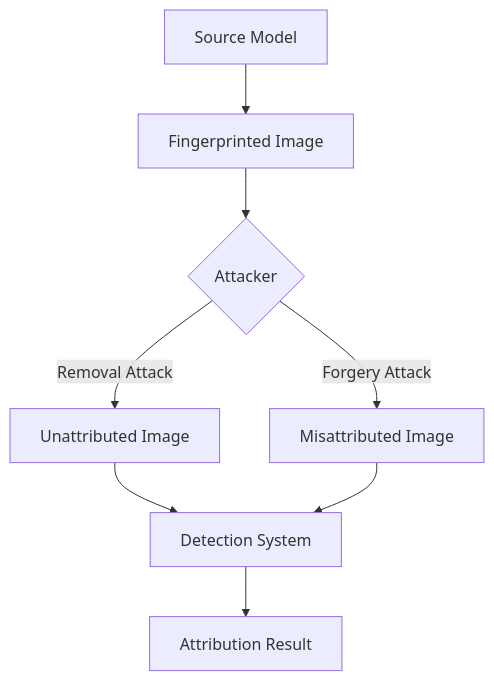
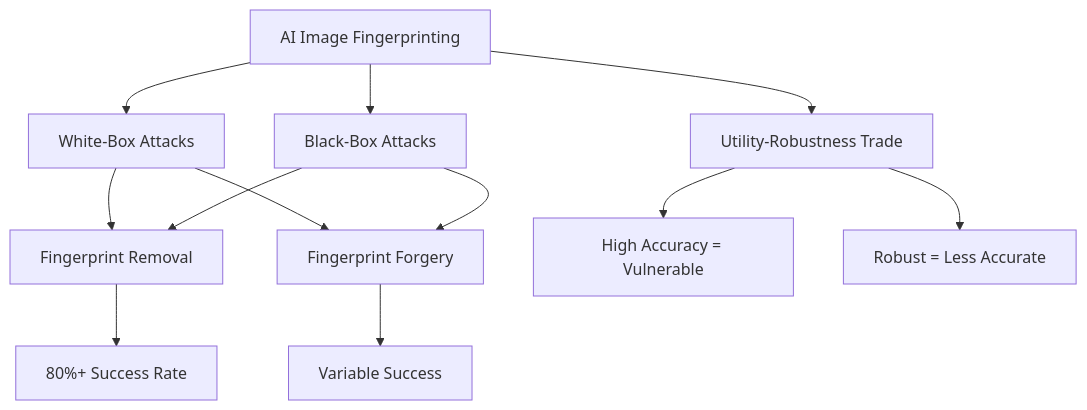
One commit to Adversarial-wolf/paper-summary-experiments changed the diagram in Diffusion-LLM-Papers/KnowledgeGraph/SatML2026-paper/satml-2026-notes/research/smudged-fingerprints.md. Above: the diagram before and after it, drawn with Mermaid. The commit also changed other lines of this file and 18 other files, not shown here.

````diff
--- a/Diffusion-LLM-Papers/KnowledgeGraph/SatML2026-paper/satml-2026-notes/research/smudged-fingerprints.md
+++ b/Diffusion-LLM-Papers/KnowledgeGraph/SatML2026-paper/satml-2026-notes/research/smudged-fingerprints.md
@@ -7,10 +20,14 @@
 ```mermaid
 graph TD
-    A[Source Model] --> B[Fingerprinted Image]
-    B --> C{Attacker}
-    C -->|Removal Attack| D[Unattributed Image]
-    C -->|Forgery Attack| E[Misattributed Image]
-    D --> F[Detection System]
-    E --> F
-    F --> G[Attribution Result]
+    A[AI Image Fingerprinting] --> B[White-Box Attacks]
+    A --> C[Black-Box Attacks]
+    B --> D[Fingerprint Removal]
+    B --> E[Fingerprint Forgery]
+    C --> D
+    C --> E
+    D --> F[80%+ Success Rate]
+    E --> G[Variable Success]
+    A --> H[Utility-Robustness Trade]
+    H --> I[High Accuracy = Vulnerable]
+    H --> J[Robust = Less Accurate]
 ```
````
